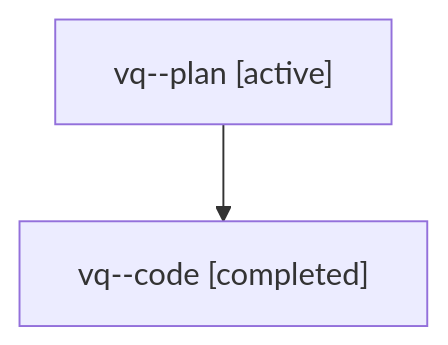
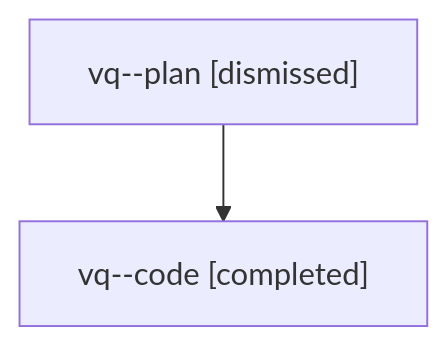
The diagram in sessions/bbugyi200.athena.vq.md (sase-org/sase--agents), drawn with Mermaid before and after one commit. The commit also changed other lines of this file and 38 other files, not shown here.

````diff
--- a/sessions/bbugyi200.athena.vq.md
+++ b/sessions/bbugyi200.athena.vq.md
@@ -9,6 +9,6 @@
 ```mermaid
 flowchart TD
-  n0["vq--plan [active]"]
+  n0["vq--plan [dismissed]"]
   n1["vq--code [completed]"]
   n0 --> n1
 ```
````
